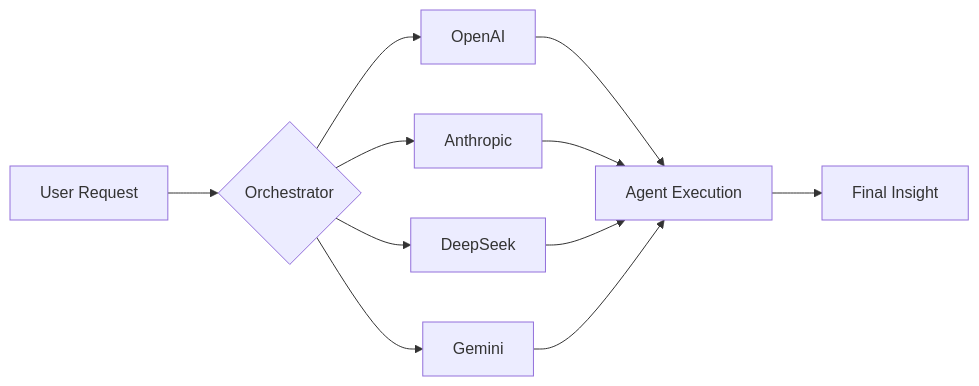
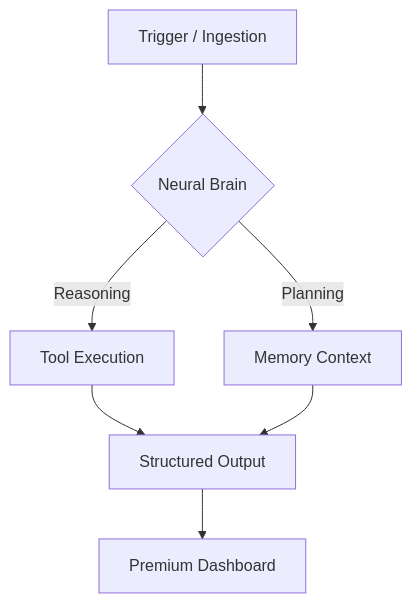
The diagram in README.md (HarshChoudhary2003/Real-world-AI-agents-hub), drawn with Mermaid before and after one commit. The commit also changed other lines of this file, not shown here.

Commit message:
feat: upgrade to  unicorn platform architecture with fully linked agent ecosystem

````diff
--- a/README.md
+++ b/README.md
@@ -132,10 +154,8 @@
 ```mermaid
-graph LR
-    A[User Request] --> B{Orchestrator}
-    B --> C[OpenAI]
-    B --> D[Anthropic]
-    B --> E[DeepSeek]
-    B --> F[Gemini]
-    C & D & E & F --> G[Agent Execution]
-    G --> H[Final Insight]
+graph TD
+    A[Trigger / Ingestion] --> B{Neural Brain}
+    B -->|Reasoning| C[Tool Execution]
+    B -->|Planning| D[Memory Context]
+    C & D --> E[Structured Output]
+    E --> F[Premium Dashboard]
 ```
````
